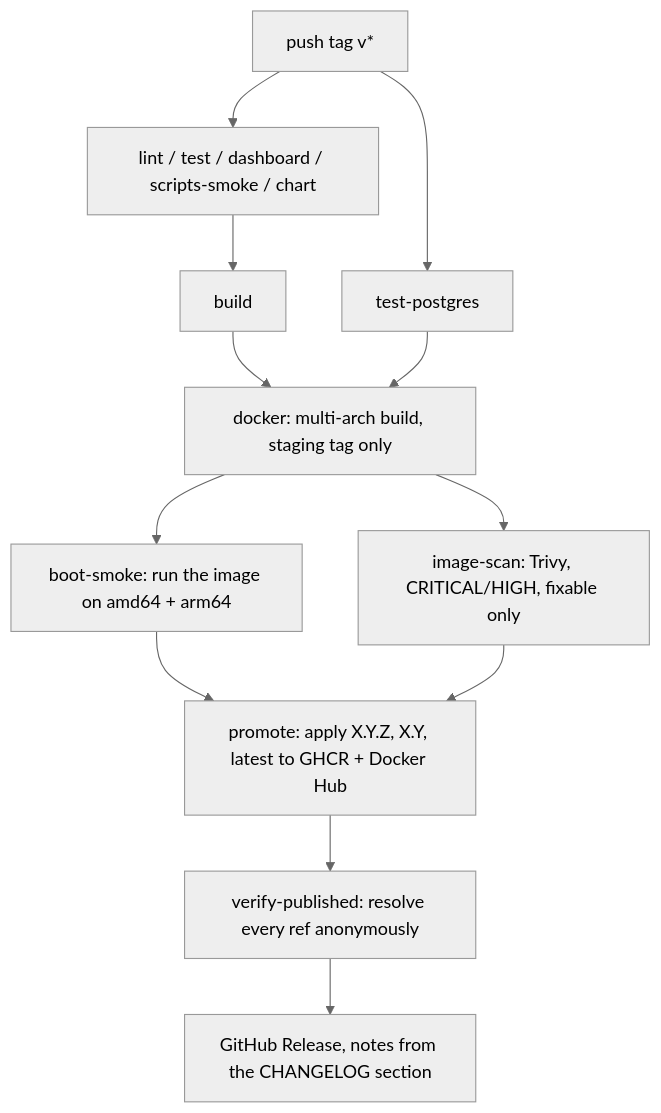
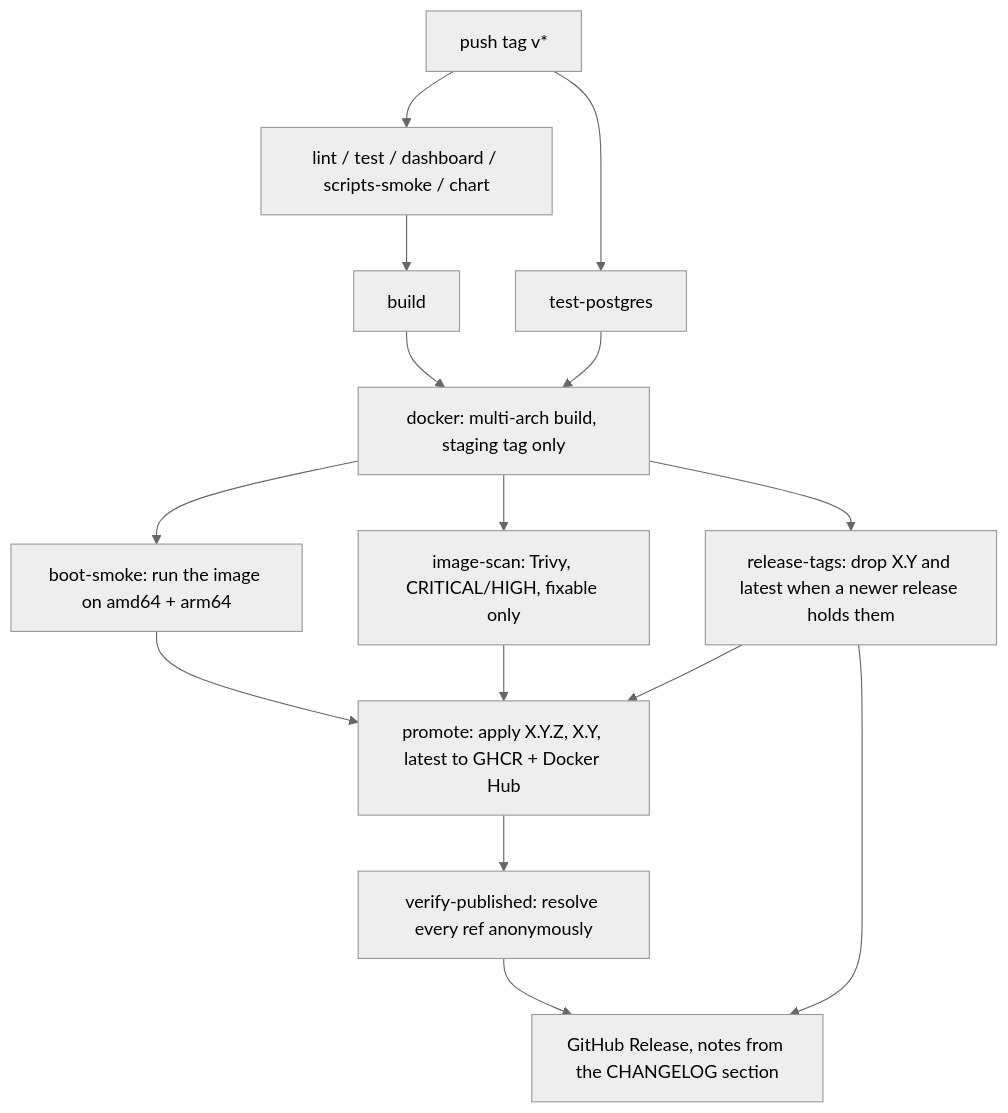
Before and after one commit to Y345ez/OpenWA-mlakot: the seventh of 7 diagrams in docs/15-project-roadmap.md, drawn with Mermaid (neutral theme). The commit also changed other lines of this file and 1478 other files, not shown here.

````diff
--- a/docs/15-project-roadmap.md
+++ b/docs/15-project-roadmap.md
@@ -733,14 +748,17 @@
 ```mermaid
 flowchart TB
     A[push tag v*] --> B[lint / test / dashboard / scripts-smoke / chart]
     A --> T[test-postgres]
     B --> C[build]
     C --> D[docker: multi-arch build, staging tag only]
     T --> D
     D --> E[boot-smoke: run the image on amd64 + arm64]
     D --> F[image-scan: Trivy, CRITICAL/HIGH, fixable only]
+    D --> R[release-tags: drop X.Y and latest when a newer release holds them]
     E --> G[promote: apply X.Y.Z, X.Y, latest to GHCR + Docker Hub]
     F --> G
+    R --> G
+    R --> I
     G --> H[verify-published: resolve every ref anonymously]
     H --> I[GitHub Release, notes from the CHANGELOG section]
 ```
````
